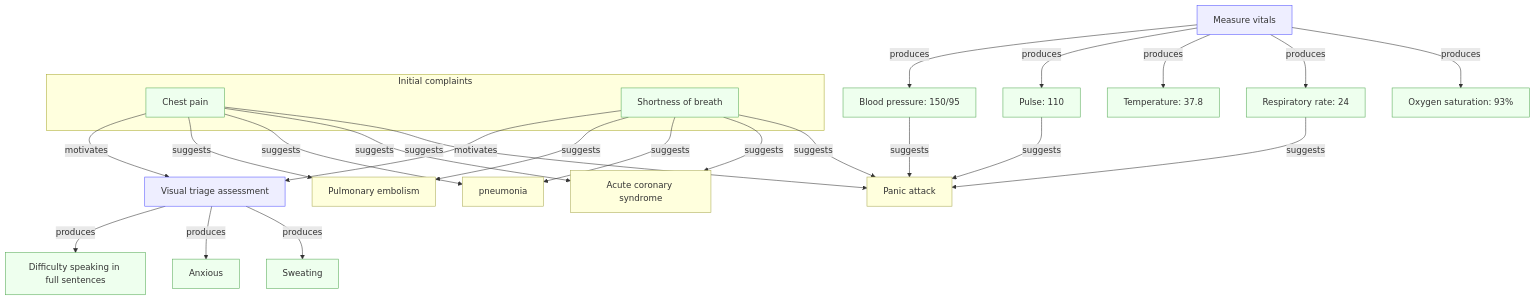
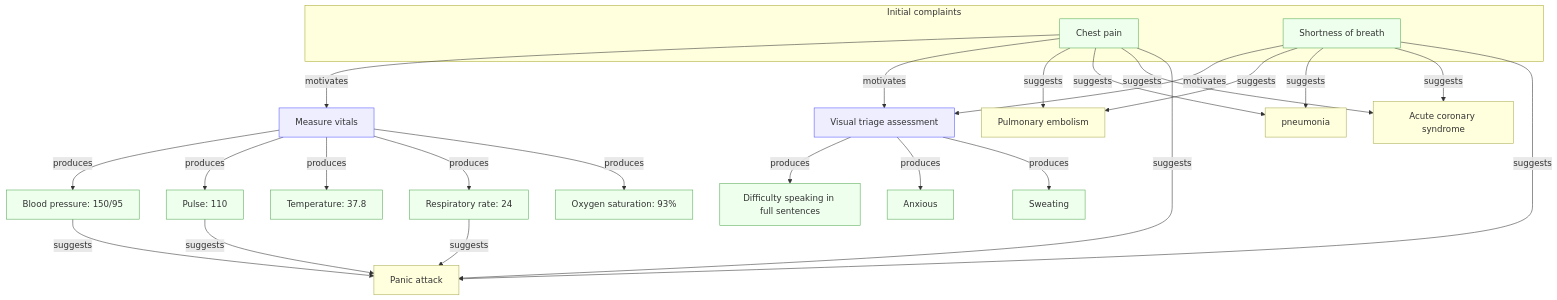
Before and after one commit to kahunacohen/why: the diagram in diagrams/medical.mmd, drawn with Mermaid.

```diff
--- a/diagrams/medical.mmd
+++ b/diagrams/medical.mmd
@@ -1,73 +1,75 @@
 flowchart TD
 
   %% Initial observations
   subgraph initial["Initial complaints"]
     O1["Chest pain"]
     O2["Shortness of breath"]
   end
 
   %% Actions
   A1["Visual triage assessment"]
   A2["Measure vitals"]
+
+  O1 -->|motivates| A2 
 
   %% Visual triage observations (produced by A1)
   O6["Difficulty speaking in full sentences"]
   O7["Anxious"]
   O8["Sweating"]
 
   %% Vital sign observations (produced by A2)
   O3["Blood pressure: 150/95"]
   O4["Pulse: 110"]
   O5["Temperature: 37.8"]
   O9["Respiratory rate: 24"]
   O10["Oxygen saturation: 93%"]
 
   %% Hypotheses
   H1["Pulmonary embolism"]
   H2["pneumonia"]
   H3["Panic attack"]
   H4["Acute coronary syndrome"]
 
   %% Initial observations motivate actions
   O1 -->|motivates| A1
   O2 -->|motivates| A1
 
   %% Actions produce observations
   A1 -->|produces| O6
   A1 -->|produces| O7
   A1 -->|produces| O8
 
   A2 -->|produces| O3
   A2 -->|produces| O4
   A2 -->|produces| O5
   A2 -->|produces| O9
   A2 -->|produces| O10
 
   %% Observations suggest hypotheses
   %% chest pain can suggest all of these things.
   O1 -->|suggests| H1
   O1 -->|suggests| H2
   O1 -->|suggests| H4
   O1 -->|suggests| H3
 
   %% shortness of breath can also suggest all of these things.
   O2 -->|suggests| H1
   O2 -->|suggests| H2
   O2 -->|suggests| H4
   O2 -->|suggests| H3
 
   %% What can suggest a panic attack?
   O3 -->|suggests| H3
   O4 -->|suggests|H3
   O9 -->|suggests|H3
 
   %% Observations against hypotheses
 
 
   classDef obs fill:#efe,stroke:#5a5
   classDef action fill:#eef,stroke:#55f
   classDef hyp fill:#ffd,stroke:#aa5
 
   class O1,O2,O3,O4,O5,O6,O7,O8,O9,O10 obs
   class A1,A2 action
   class H1,H2,H3,H4 hyp
```
